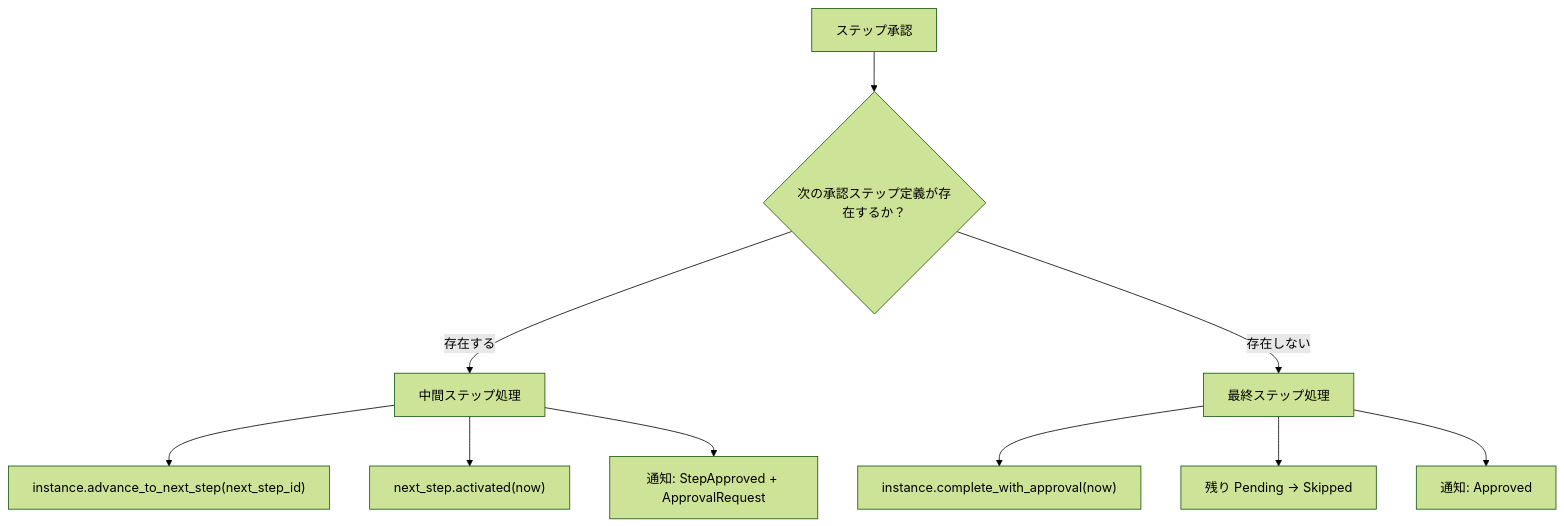
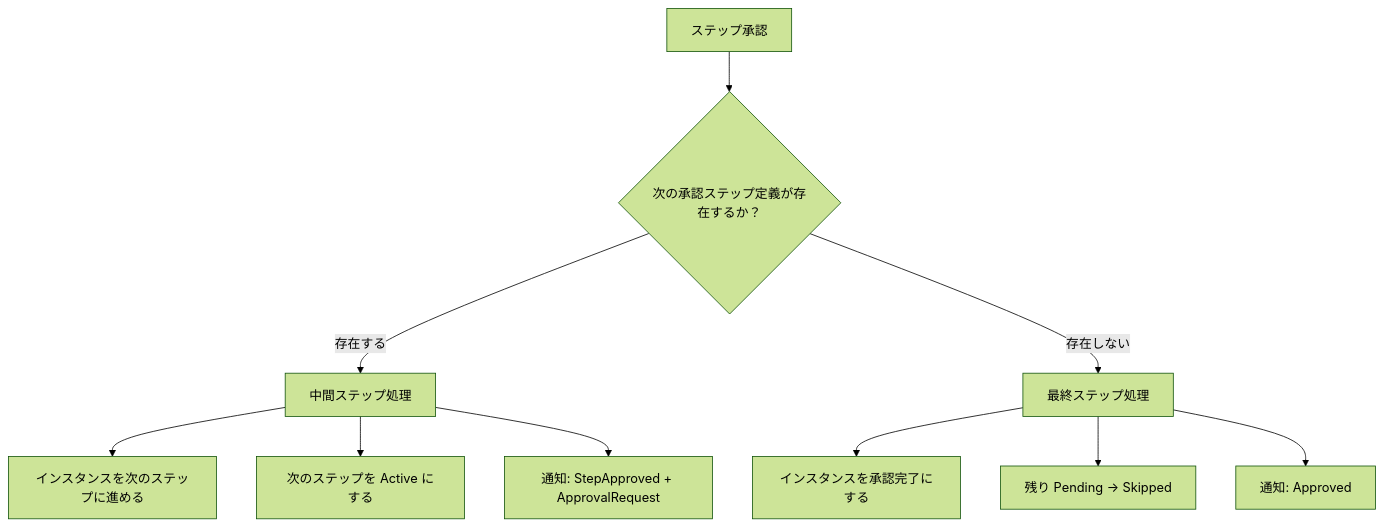
One commit to ka2kama/ringiflow changed the second of 4 diagrams in docs/90_実装解説/ワークフロー/04_多段階承認フロー.md. Above: the diagram before and after it, drawn with Mermaid (forest theme). The commit also changed other lines of this file and 2 other files, not shown here.

First line of the commit message:
#1128 Remove internal implementation details from flow docs

````diff
--- a/docs/90_実装解説/ワークフロー/04_多段階承認フロー.md
+++ b/docs/90_実装解説/ワークフロー/04_多段階承認フロー.md
@@ -49,12 +49,12 @@
 ```mermaid
 flowchart TD
     A["ステップ承認"] --> B{"次の承認ステップ定義が存在するか？"}
     B -->|存在する| C["中間ステップ処理"]
-    C --> D["instance.advance_to_next_step(next_step_id)"]
-    C --> E["next_step.activated(now)"]
+    C --> D["インスタンスを次のステップに進める"]
+    C --> E["次のステップを Active にする"]
     C --> F["通知: StepApproved + ApprovalRequest"]
     B -->|存在しない| G["最終ステップ処理"]
-    G --> H["instance.complete_with_approval(now)"]
+    G --> H["インスタンスを承認完了にする"]
     G --> I["残り Pending → Skipped"]
     G --> J["通知: Approved"]
 ```
````
